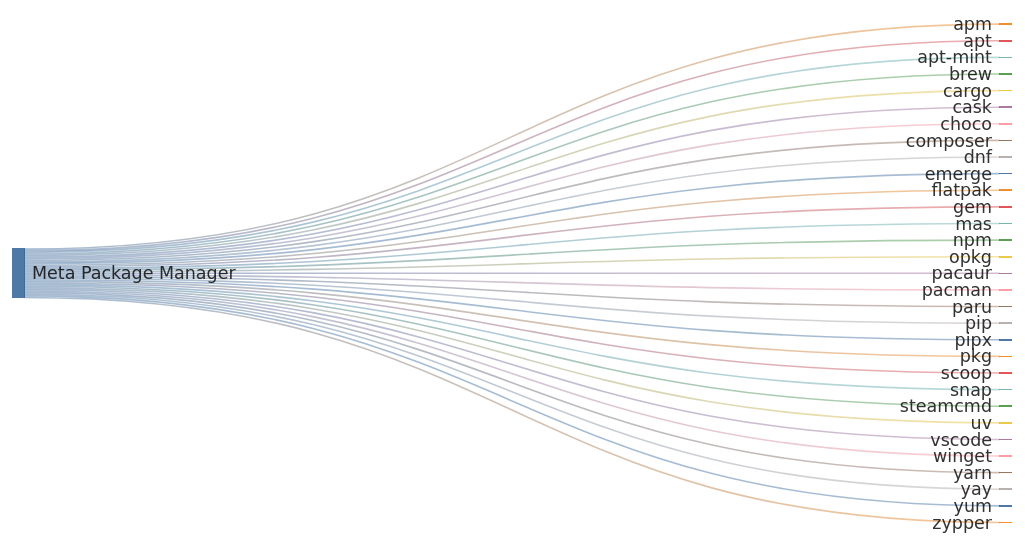
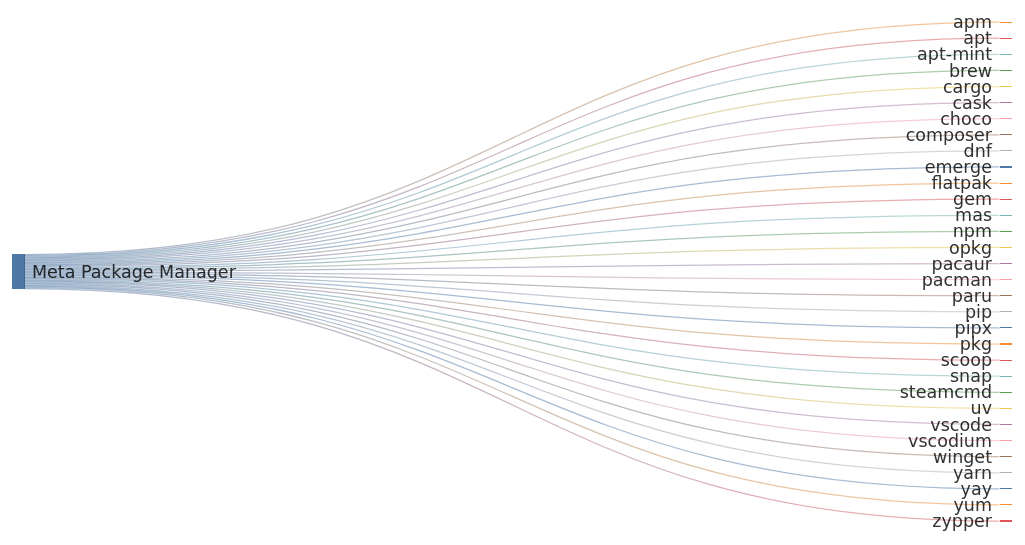
Before and after one commit to kdeldycke/meta-package-manager: the diagram in readme.md, drawn with Mermaid. The commit also changed other lines of this file and 3 other files, not shown here.

Commit message:
feat(manager): add vscodium

````diff
--- a/readme.md
+++ b/readme.md
@@ -64,38 +64,39 @@
 ```mermaid
 ---
 config: {"sankey": {"showValues": false, "width": 800, "height": 400}}
 ---
 sankey-beta
 
 Meta Package Manager,apm,1
 Meta Package Manager,apt,1
 Meta Package Manager,apt-mint,1
 Meta Package Manager,brew,1
 Meta Package Manager,cargo,1
 Meta Package Manager,cask,1
 Meta Package Manager,choco,1
 Meta Package Manager,composer,1
 Meta Package Manager,dnf,1
 Meta Package Manager,emerge,1
 Meta Package Manager,flatpak,1
 Meta Package Manager,gem,1
 Meta Package Manager,mas,1
 Meta Package Manager,npm,1
 Meta Package Manager,opkg,1
 Meta Package Manager,pacaur,1
 Meta Package Manager,pacman,1
 Meta Package Manager,paru,1
 Meta Package Manager,pip,1
 Meta Package Manager,pipx,1
 Meta Package Manager,pkg,1
 Meta Package Manager,scoop,1
 Meta Package Manager,snap,1
 Meta Package Manager,steamcmd,1
 Meta Package Manager,uv,1
 Meta Package Manager,vscode,1
+Meta Package Manager,vscodium,1
 Meta Package Manager,winget,1
 Meta Package Manager,yarn,1
 Meta Package Manager,yay,1
 Meta Package Manager,yum,1
 Meta Package Manager,zypper,1
 ```
````
